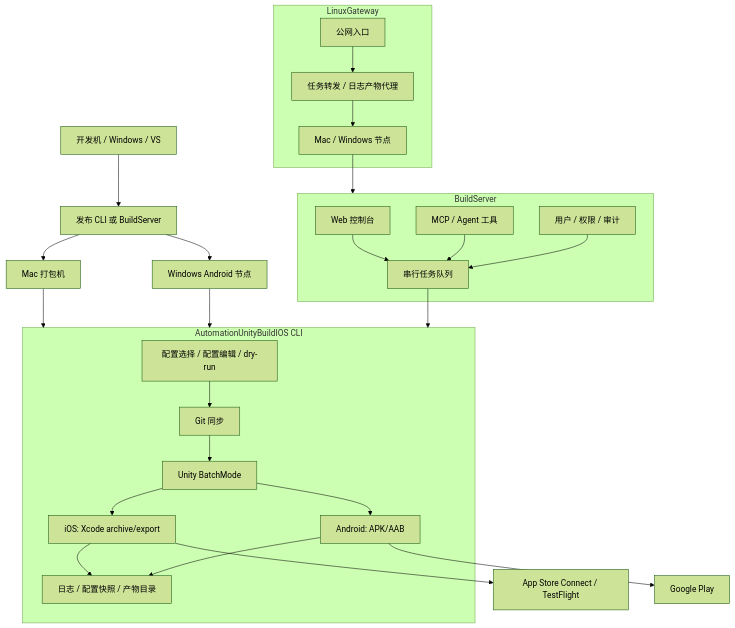
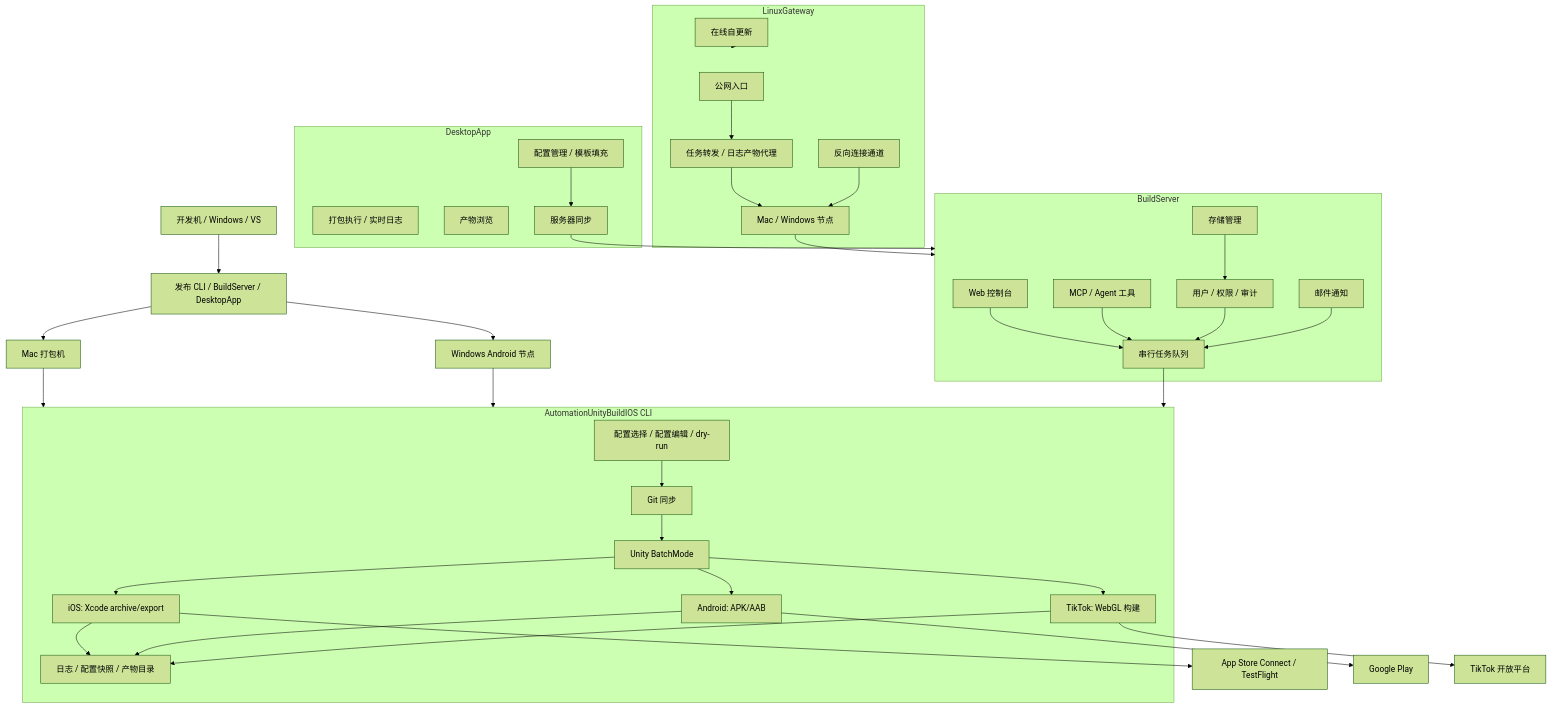
The diagram in README.md (chenfengyimei/AutomationUnityBuild), drawn with Mermaid (forest theme) before and after one commit. The commit also changed other lines of this file and 4 other files, not shown here.

````diff
--- a/README.md
+++ b/README.md
@@ -105,42 +116,63 @@
 ```mermaid
 graph TB
-    Dev["开发机 / Windows / VS"] --> Publish["发布 CLI 或 BuildServer"]
+    Dev["开发机 / Windows / VS"] --> Publish["发布 CLI / BuildServer / DesktopApp"]
     Publish --> Mac["Mac 打包机"]
     Publish --> Win["Windows Android 节点"]
 
     subgraph CLI["AutomationUnityBuildIOS CLI"]
         Config["配置选择 / 配置编辑 / dry-run"]
         Git["Git 同步"]
         Unity["Unity BatchMode"]
         Ios["iOS: Xcode archive/export"]
         Android["Android: APK/AAB"]
+        Tiktok["TikTok: WebGL 构建"]
         Logs["日志 / 配置快照 / 产物目录"]
     end
 
     Mac --> CLI
     Win --> CLI
     Config --> Git --> Unity
     Unity --> Ios --> Logs
     Unity --> Android --> Logs
+    Unity --> Tiktok --> Logs
     Ios --> ASC["App Store Connect / TestFlight"]
     Android --> GP["Google Play"]
+    Tiktok --> TT["TikTok 开放平台"]
 
     subgraph Web["BuildServer"]
         UI["Web 控制台"]
         Queue["串行任务队列"]
         Audit["用户 / 权限 / 审计"]
+        Email["邮件通知"]
+        Storage["存储管理"]
         MCP["MCP / Agent 工具"]
     end
 
     UI --> Queue --> CLI
     MCP --> Queue
     Audit --> Queue
+    Email --> Queue
+    Storage --> Audit
+
+    subgraph Desktop["DesktopApp"]
+        DConfig["配置管理 / 模板填充"]
+        DBuild["打包执行 / 实时日志"]
+        DArtifacts["产物浏览"]
+        DSync["服务器同步"]
+    end
+
+    DConfig --> DSync
+    DSync --> Web
 
     subgraph Gateway["LinuxGateway"]
         PublicUI["公网入口"]
         Nodes["Mac / Windows 节点"]
         Forward["任务转发 / 日志产物代理"]
+        Reverse["反向连接通道"]
+        Update["在线自更新"]
     end
 
     PublicUI --> Forward --> Nodes --> Web
+    Reverse --> Nodes
+    Update --> Gateway
 ```
````
